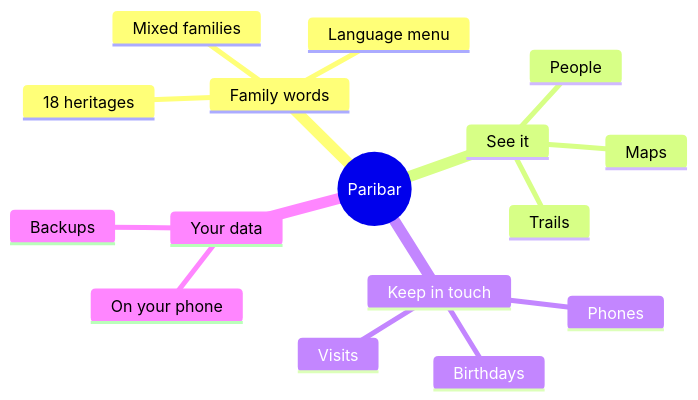
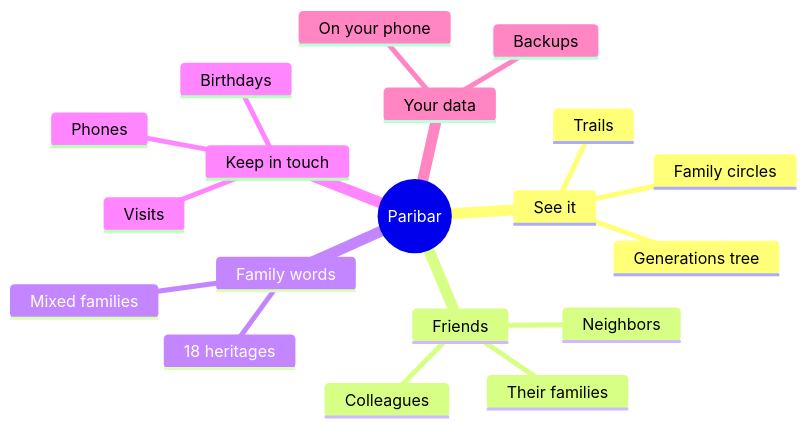
Before and after one commit to akaseahawk/paribar-family-tree: the third of 6 diagrams in README.md, drawn with Mermaid. The commit also changed other lines of this file and 15 other files, not shown here.

First line of the commit message:
v2.0.10: lead with the maps, friends and the story behind it

````diff
--- a/README.md
+++ b/README.md
@@ -13,19 +53,22 @@
 ```mermaid
 mindmap
   root((Paribar))
+    See it
+      Generations tree
+      Family circles
+      Trails
+    Friends
+      Neighbors
+      Colleagues
+      Their families
     Family words
       18 heritages
       Mixed families
-      Language menu
-    See it
-      People
-      Maps
-      Trails
     Keep in touch
       Phones
       Birthdays
       Visits
     Your data
       On your phone
       Backups
 ```
````
